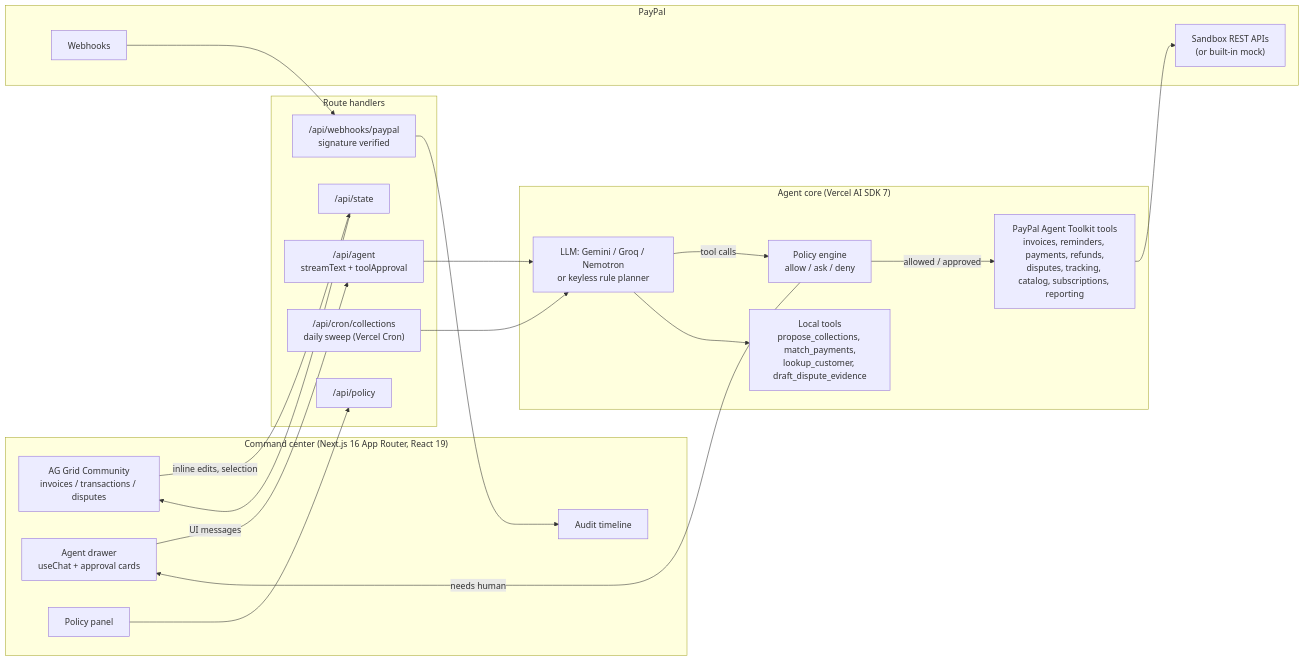
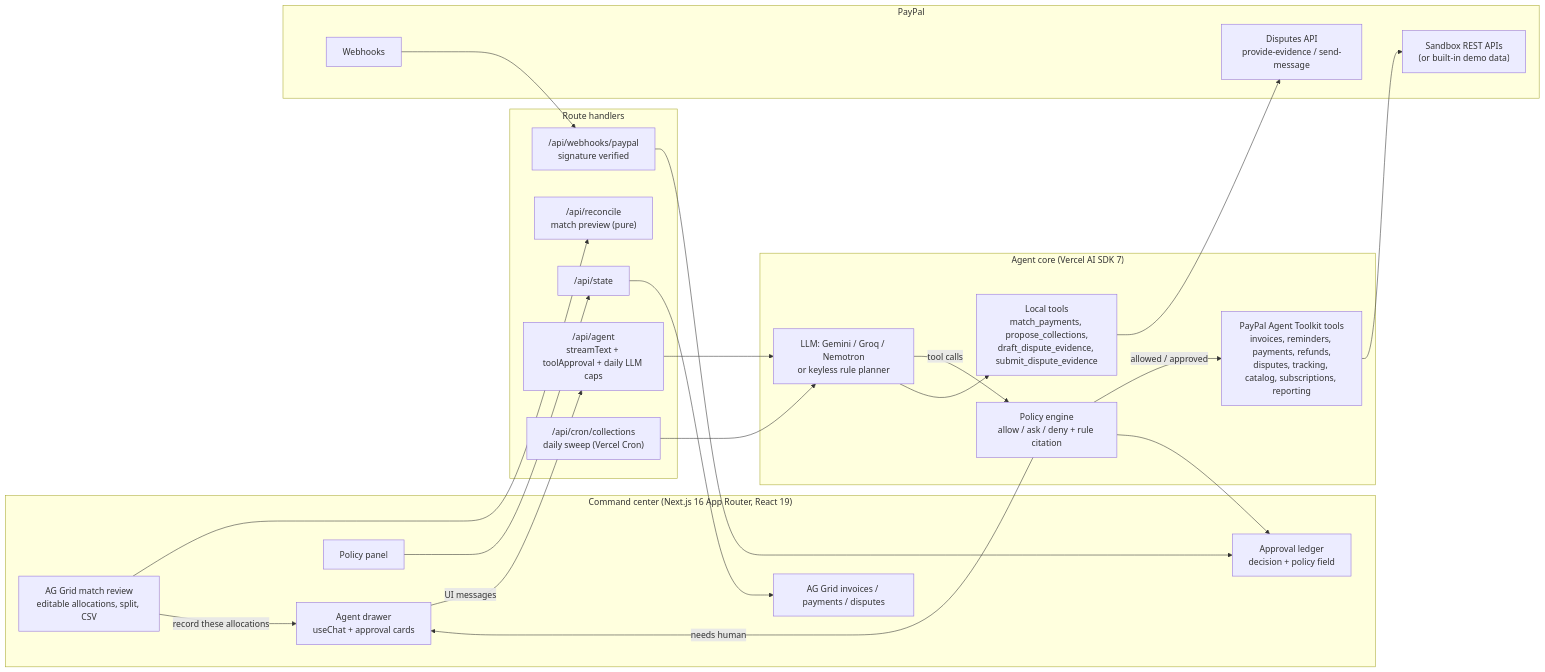
Before and after one commit to vigohan95/chaser: the diagram in README.md, drawn with Mermaid. The commit also changed other lines of this file and 2 other files, not shown here.

First line of the commit message:
Re-lead the pitch: reconciliation you can edit, policy as a cited ledger, disputes to the Disputes API

````diff
--- a/README.md
+++ b/README.md
@@ -30,42 +36,47 @@
 ```mermaid
 flowchart LR
   subgraph UI["Command center (Next.js 16 App Router, React 19)"]
-    G["AG Grid Community<br/>invoices / transactions / disputes"]
+    MR["AG Grid match review<br/>editable allocations, split, CSV"]
+    G["AG Grid invoices / payments / disputes"]
+    L["Approval ledger<br/>decision + policy field"]
     D["Agent drawer<br/>useChat + approval cards"]
     P["Policy panel"]
-    A["Audit timeline"]
   end
 
   subgraph API["Route handlers"]
-    AG["/api/agent<br/>streamText + toolApproval"]
+    AG["/api/agent<br/>streamText + toolApproval + daily LLM caps"]
+    RC["/api/reconcile<br/>match preview (pure)"]
     ST["/api/state"]
     WH["/api/webhooks/paypal<br/>signature verified"]
     CR["/api/cron/collections<br/>daily sweep (Vercel Cron)"]
-    PO["/api/policy"]
   end
 
   subgraph Agent["Agent core (Vercel AI SDK 7)"]
     LLM["LLM: Gemini / Groq / Nemotron<br/>or keyless rule planner"]
-    POL["Policy engine<br/>allow / ask / deny"]
-    LT["Local tools<br/>propose_collections, match_payments,<br/>lookup_customer, draft_dispute_evidence"]
+    POL["Policy engine<br/>allow / ask / deny + rule citation"]
+    LT["Local tools<br/>match_payments, propose_collections,<br/>draft_dispute_evidence, submit_dispute_evidence"]
     TK["PayPal Agent Toolkit tools<br/>invoices, reminders, payments, refunds,<br/>disputes, tracking, catalog, subscriptions, reporting"]
   end
 
   subgraph PP["PayPal"]
-    SB["Sandbox REST APIs<br/>(or built-in mock)"]
+    SB["Sandbox REST APIs<br/>(or built-in demo data)"]
+    DS["Disputes API<br/>provide-evidence / send-message"]
     EV["Webhooks"]
   end
 
+  MR --> RC
+  MR -->|"record these allocations"| D
   D -->|UI messages| AG
-  G -->|inline edits, selection| ST
-  P --> PO
+  P --> ST
   AG --> LLM
   LLM -->|tool calls| POL
   POL -->|allowed / approved| TK
   POL -->|needs human| D
+  POL --> L
   LLM --> LT
+  LT --> DS
   TK --> SB
-  EV --> WH --> A
+  EV --> WH --> L
   CR --> LLM
   ST --> G
 ```
````
